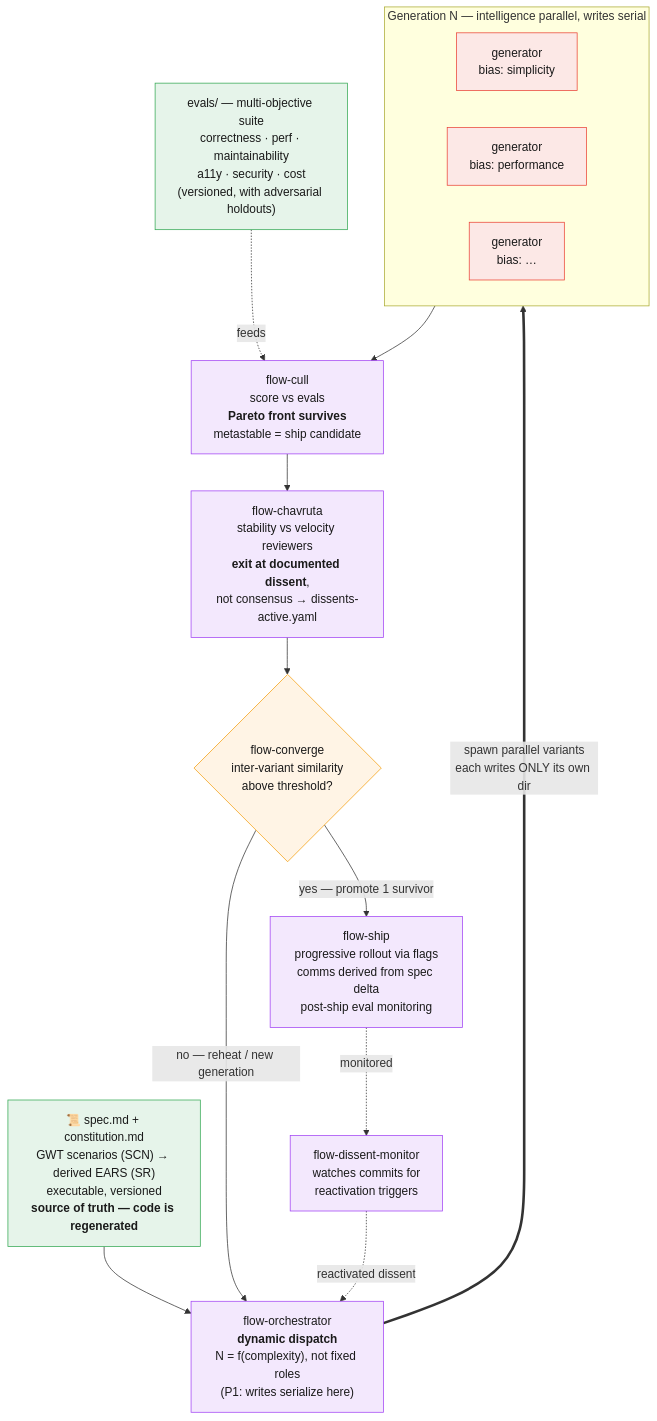
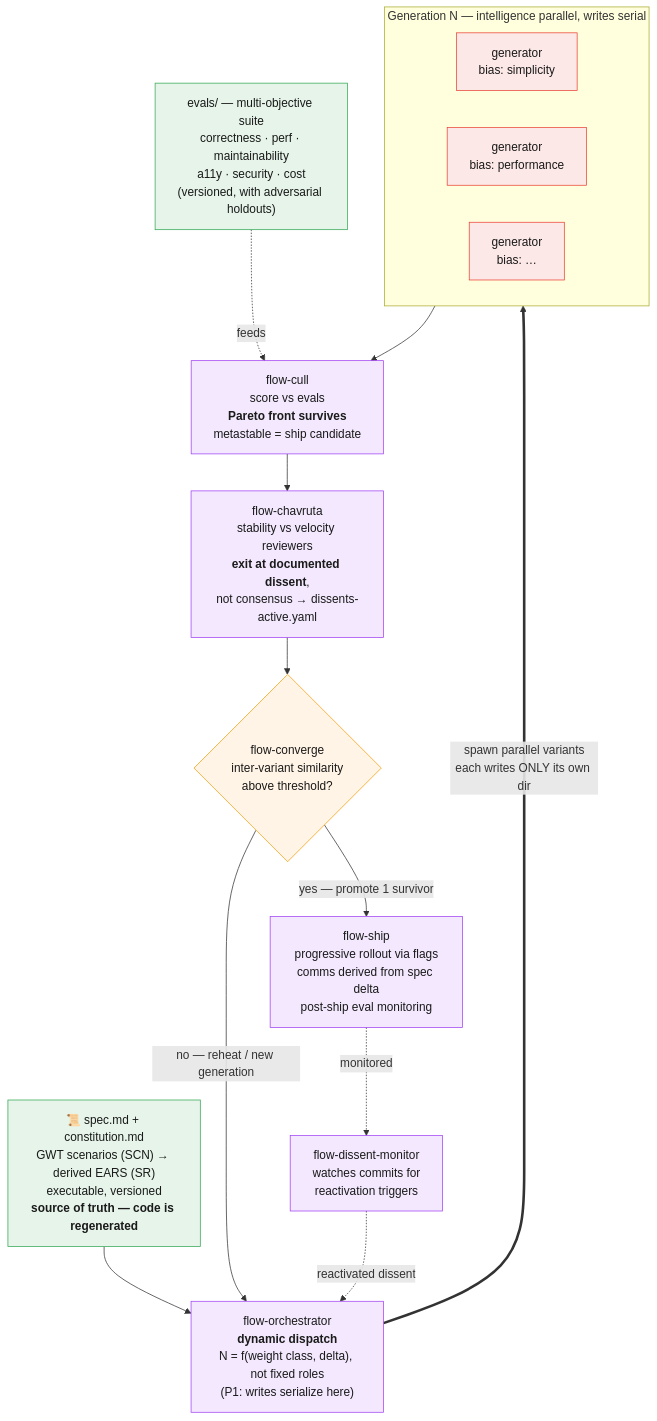
The second of 2 diagrams in delivery-team-vs-flow.md (shinytoyrobots/agentic-delivery-suites), drawn with Mermaid before and after one commit. The commit also changed other lines of this file and 3 other files, not shown here.

First line of the commit message:
docs: catch docs pages and comparison up to flow cost-flexibility redesign

````diff
--- a/delivery-team-vs-flow.md
+++ b/delivery-team-vs-flow.md
@@ -73,44 +75,44 @@
 ```mermaid
 flowchart TD
     SPEC["📜 spec.md + constitution.md<br/>GWT scenarios (SCN) → derived EARS (SR)<br/>executable, versioned<br/><b>source of truth — code is regenerated</b>"]
     EVAL["evals/ — multi-objective suite<br/>correctness · perf · maintainability<br/>a11y · security · cost<br/>(versioned, with adversarial holdouts)"]
 
     SPEC --> ORCH
 
-    ORCH["flow-orchestrator<br/><b>dynamic dispatch</b><br/>N = f(complexity), not fixed roles<br/>(P1: writes serialize here)"]
+    ORCH["flow-orchestrator<br/><b>dynamic dispatch</b><br/>N = f(weight class, delta), not fixed roles<br/>(P1: writes serialize here)"]
 
     subgraph GEN["Generation N — intelligence parallel, writes serial"]
         direction LR
         V1["generator<br/>bias: simplicity"]
         V2["generator<br/>bias: performance"]
         V3["generator<br/>bias: …"]
     end
 
     ORCH ==>|"spawn parallel variants<br/>each writes ONLY its own dir"| GEN
 
     CULL["flow-cull<br/>score vs evals<br/><b>Pareto front survives</b><br/>metastable = ship candidate"]
     EVAL -.feeds.-> CULL
     GEN --> CULL
 
     CHAV["flow-chavruta<br/>stability vs velocity reviewers<br/><b>exit at documented dissent</b>,<br/>not consensus → dissents-active.yaml"]
     CULL --> CHAV
 
     CONV{"flow-converge<br/>inter-variant similarity<br/>above threshold?"}
     CHAV --> CONV
 
     CONV -->|"no — reheat / new generation"| ORCH
     CONV -->|"yes — promote 1 survivor"| SHIP["flow-ship<br/>progressive rollout via flags<br/>comms derived from spec delta<br/>post-ship eval monitoring"]
 
     MON["flow-dissent-monitor<br/>watches commits for<br/>reactivation triggers"]
     SHIP -.monitored.-> MON
     MON -.reactivated dissent.-> ORCH
 
     classDef truth fill:#e6f4ea,stroke:#34a853,color:#1a1a1a;
     classDef agent fill:#f3e8fd,stroke:#a142f4,color:#1a1a1a;
     classDef gen fill:#fce8e6,stroke:#ea4335,color:#1a1a1a;
     classDef decision fill:#fff4e5,stroke:#f59e0b,color:#1a1a1a;
     class SPEC,EVAL truth;
     class ORCH,CULL,CHAV,SHIP,MON agent;
     class V1,V2,V3 gen;
     class CONV decision;
 ```
````
